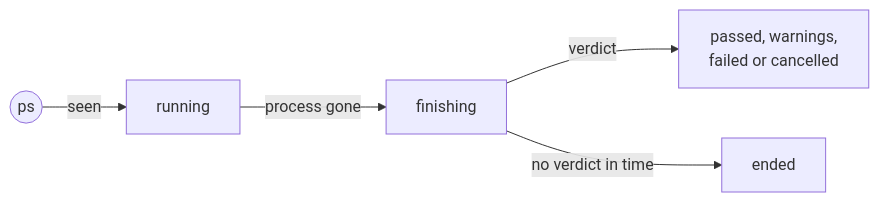
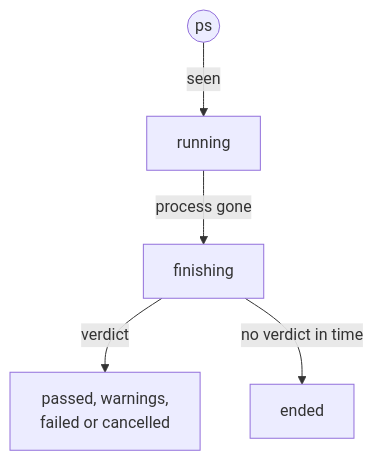
Before and after one commit to vburojevic/bb-plugin-xcode: the diagram in README.md, drawn with Mermaid.

Commit message:
Lay the lifecycle diagram out top to bottom, clear of GitHub's diagram controls

````diff
--- a/README.md
+++ b/README.md
@@ -156,7 +156,7 @@
 ```mermaid
-flowchart LR
+flowchart TB
   seen(("ps")) -- seen --> running
   running -- process gone --> finishing
   finishing -- verdict --> verdict["passed, warnings,<br>failed or cancelled"]
   finishing -- no verdict in time --> ended
 ```
````
